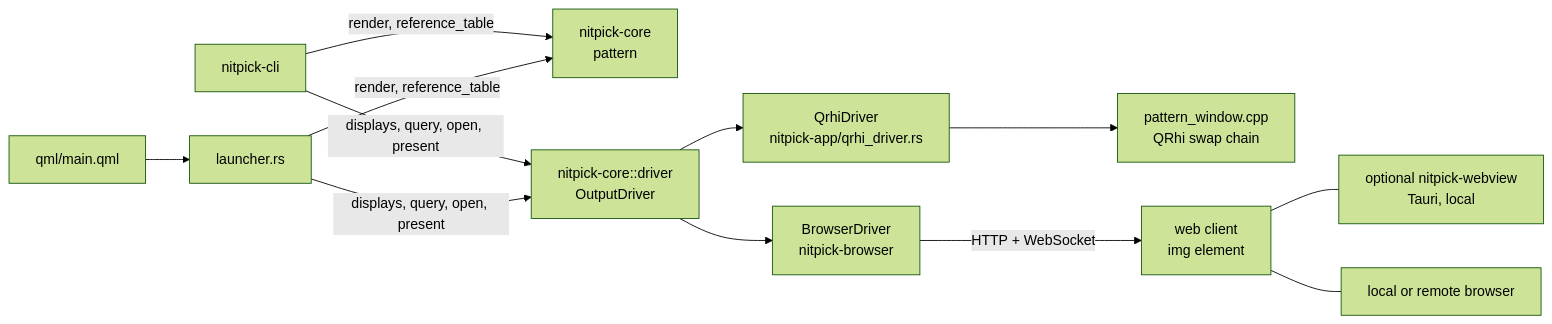
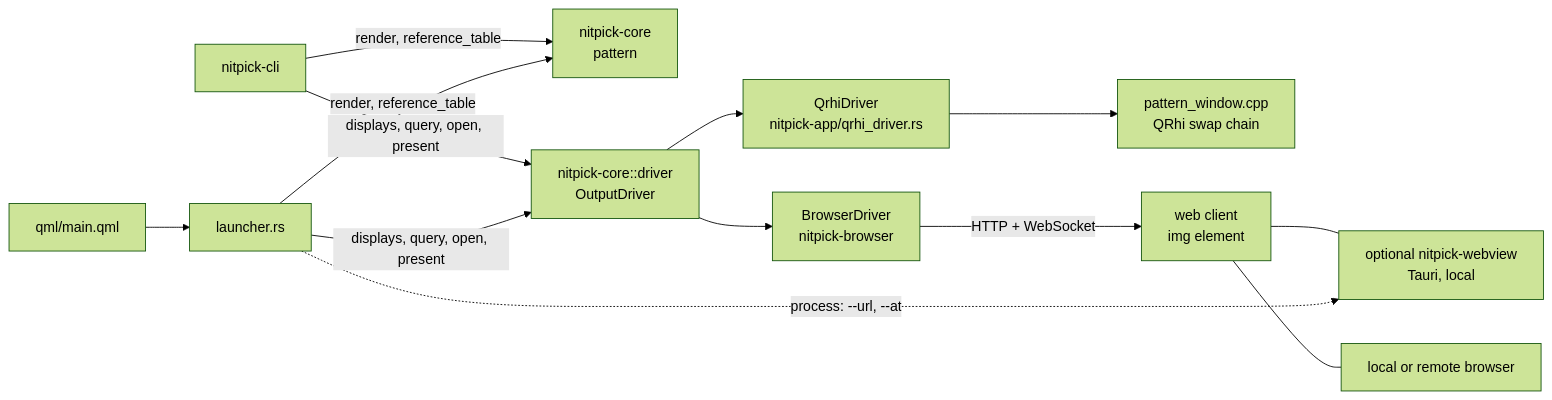
The diagram in doc/design/output_driver/overview.md (Jamesits/nitpick), drawn with Mermaid (forest theme) before and after one commit. The commit also changed other lines of this file and 19 other files, not shown here.

````diff
--- a/doc/design/output_driver/overview.md
+++ b/doc/design/output_driver/overview.md
@@ -15,14 +15,15 @@
 ```mermaid
 graph LR
     QML[qml/main.qml] --> L[launcher.rs]
     CLI[nitpick-cli] -->|render, reference_table| C
     CLI -->|displays, query, open, present| API
     L -->|render, reference_table| C[nitpick-core<br/>pattern]
     L -->|displays, query, open, present| API[nitpick-core::driver<br/>OutputDriver]
     API --> Q[QrhiDriver<br/>nitpick-app/qrhi_driver.rs]
     API --> B[BrowserDriver<br/>nitpick-browser]
     Q --> W[pattern_window.cpp<br/>QRhi swap chain]
     B -->|HTTP + WebSocket| P[web client<br/>img element]
     P --- T[optional nitpick-webview<br/>Tauri, local]
     P --- R[local or remote browser]
+    L -.->|process: --url, --at| T
 ```
````
